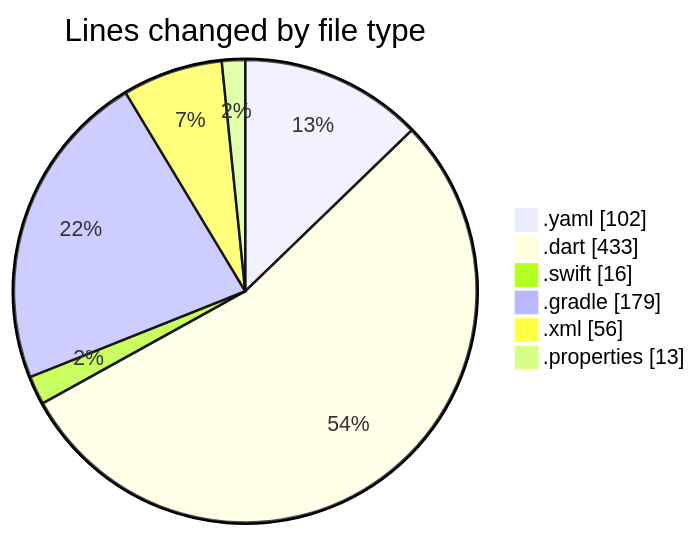
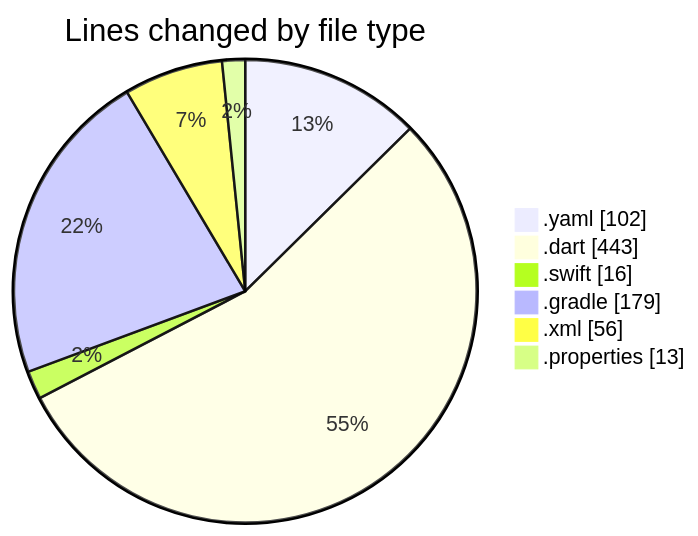
Before and after one commit to donsfak/code-tracking: the first of 2 diagrams in 2025-02-04/maps_clone/README.md, drawn with Mermaid. The commit also changed other lines of this file and 1 other file, not shown here.

````diff
--- a/2025-02-04/maps_clone/README.md
+++ b/2025-02-04/maps_clone/README.md
@@ -28,10 +28,10 @@
 ```mermaid
 pie showData
 title Lines changed by file type
 ".yaml" : 102
-".dart" : 433
+".dart" : 443
 ".swift" : 16
 ".gradle" : 179
 ".xml" : 56
 ".properties" : 13
 ```
````
